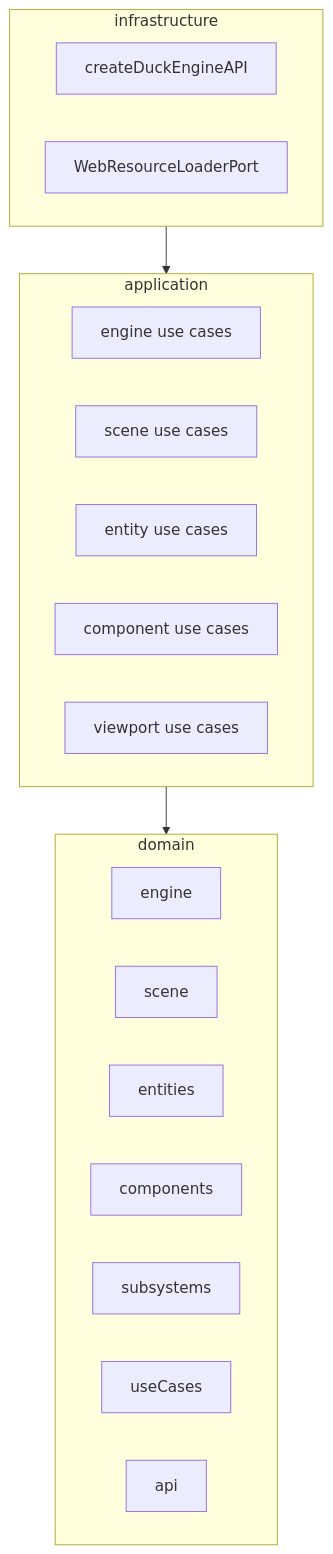
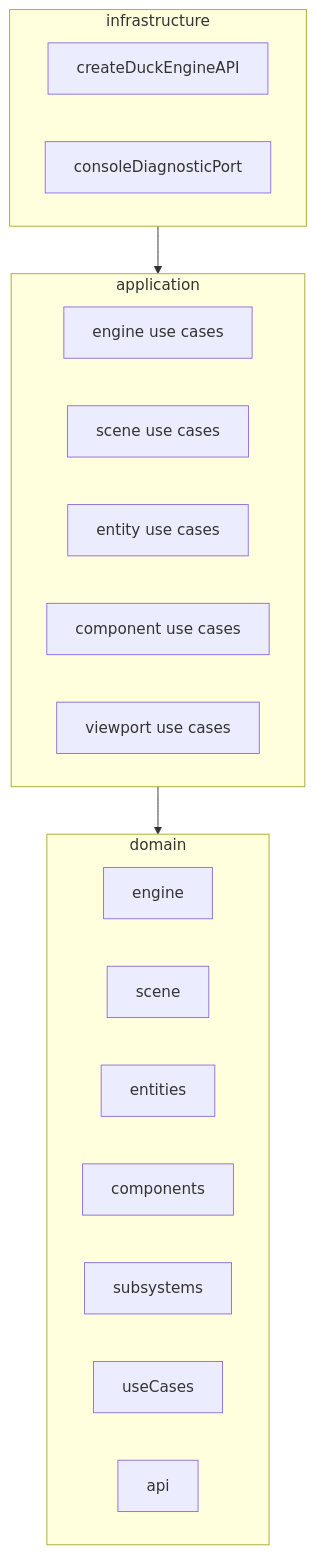
Before and after one commit to QADRAX/SpaceDucksMMO: the seventh of 7 diagrams in packages/v2/core-v2/ARCHITECTURE.md, drawn with Mermaid. The commit also changed other lines of this file and 100 other files, not shown here.

````diff
--- a/packages/v2/core-v2/ARCHITECTURE.md
+++ b/packages/v2/core-v2/ARCHITECTURE.md
@@ -408,28 +405,28 @@
 ```mermaid
 flowchart TB
     subgraph Infra["infrastructure"]
         I1[createDuckEngineAPI]
-        I2[WebResourceLoaderPort]
+        I2[consoleDiagnosticPort]
     end
 
     subgraph App["application"]
         A1[engine use cases]
         A2[scene use cases]
         A3[entity use cases]
         A4[component use cases]
         A5[viewport use cases]
     end
 
     subgraph Domain["domain"]
         D1[engine]
         D2[scene]
         D3[entities]
         D4[components]
         D5[subsystems]
         D6[useCases]
         D7[api]
     end
 
     Infra --> App
     App --> Domain
 ```
````
